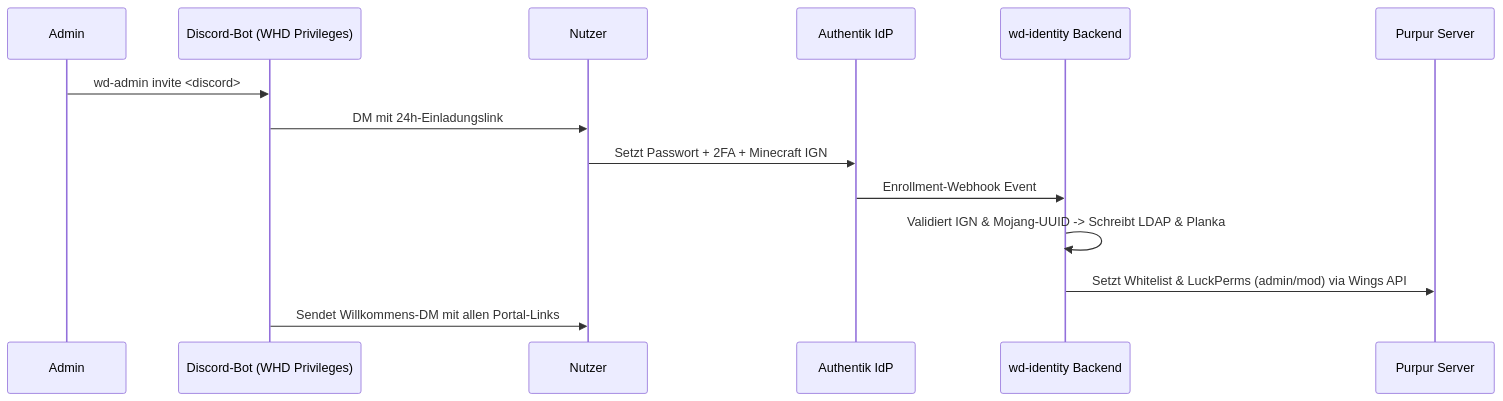
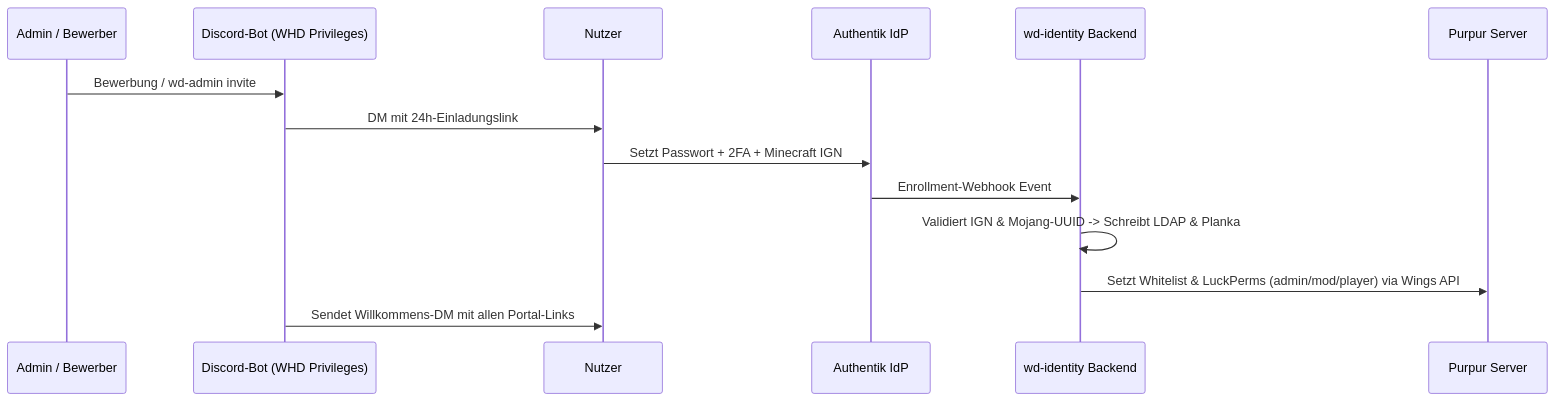
One commit to Tigimax/minecraft-weihnachtsdorf-team changed the second of 2 diagrams in README.md. Above: the diagram before and after it, drawn with Mermaid. The commit also changed other lines of this file and 5 other files, not shown here.

Commit message:
docs: comprehensive update covering Discord admin channels, 22 slash commands, auto-revoke, appeals & telemetry

````diff
--- a/README.md
+++ b/README.md
@@ -104,17 +119,17 @@
 ```mermaid
 sequenceDiagram
-    participant A as Admin
+    participant A as Admin / Bewerber
     participant B as Discord-Bot (WHD Privileges)
     participant U as Nutzer
     participant K as Authentik IdP
     participant S as wd-identity Backend
     participant M as Purpur Server
 
-    A->>B: wd-admin invite <discord>
+    A->>B: Bewerbung / wd-admin invite
     B->>U: DM mit 24h-Einladungslink
     U->>K: Setzt Passwort + 2FA + Minecraft IGN
     K->>S: Enrollment-Webhook Event
     S->>S: Validiert IGN & Mojang-UUID -> Schreibt LDAP & Planka
-    S->>M: Setzt Whitelist & LuckPerms (admin/mod) via Wings API
+    S->>M: Setzt Whitelist & LuckPerms (admin/mod/player) via Wings API
     B->>U: Sendet Willkommens-DM mit allen Portal-Links
 ```
````
